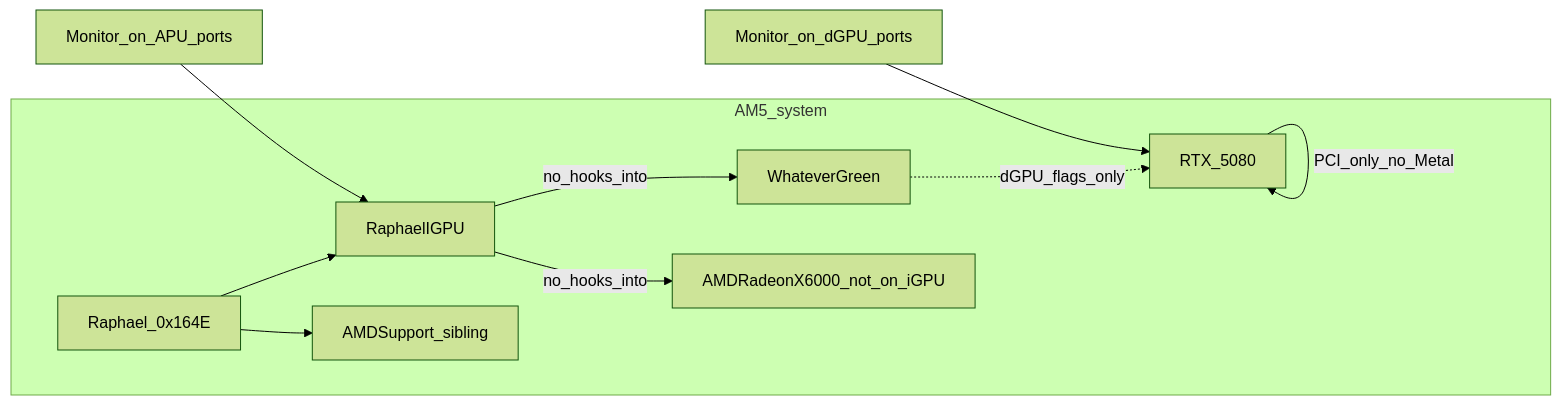
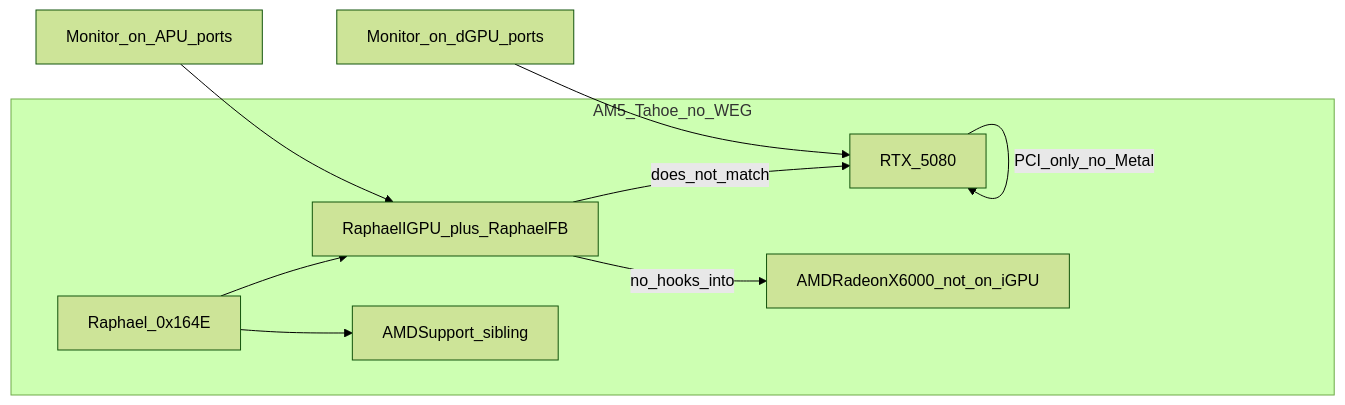
Before and after one commit to winkleplex10-bit/MetalGPUDrivers: the diagram in docs/CURSOR-START-AMD-RDNA2-IGPU.md, drawn with Mermaid (forest theme). The commit also changed other lines of this file and 28 other files, not shown here.

````diff
--- a/docs/CURSOR-START-AMD-RDNA2-IGPU.md
+++ b/docs/CURSOR-START-AMD-RDNA2-IGPU.md
@@ -141,19 +146,17 @@
 ```mermaid
 flowchart LR
-  subgraph system [AM5_system]
+  subgraph system [AM5_Tahoe_no_WEG]
     iGPU["Raphael_0x164E"]
     dGPU["RTX_5080"]
-    WEG["WhateverGreen"]
-    OurKext["RaphaelIGPU"]
+    OurKext["RaphaelIGPU_plus_RaphaelFB"]
     AMDSupport["AMDSupport_sibling"]
     AppleAMD["AMDRadeonX6000_not_on_iGPU"]
   end
   iGPU --> OurKext
   iGPU --> AMDSupport
   dGPU -->|"PCI_only_no_Metal"| dGPU
-  WEG -.->|"dGPU_flags_only"| dGPU
   OurKext -->|"no_hooks_into"| AppleAMD
-  OurKext -->|"no_hooks_into"| WEG
+  OurKext -->|"does_not_match"| dGPU
   MonA["Monitor_on_APU_ports"] --> OurKext
   MonB["Monitor_on_dGPU_ports"] --> dGPU
 ```
````
